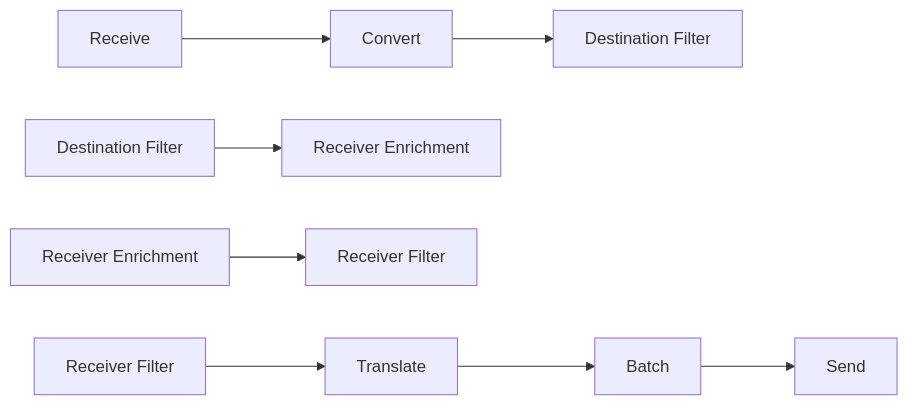
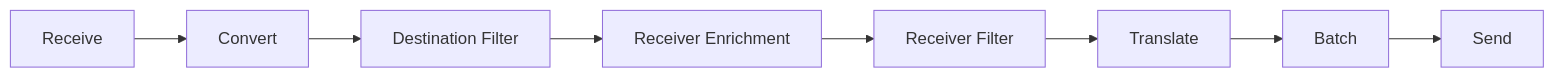
One commit to CDCgov/prime-reportstream changed the diagram in prime-router/docs/universal-pipeline/README.md. Above: the diagram before and after it, drawn with Mermaid.

Commit message:
[16141] Updating documentation.

````diff
--- a/prime-router/docs/universal-pipeline/README.md
+++ b/prime-router/docs/universal-pipeline/README.md
@@ -18,10 +18,10 @@
 ```mermaid
 flowchart LR;
     Receive-->Convert;
     Convert-->id4[Destination Filter];
-    id5[Destination Filter]-->id6[Receiver Enrichment];
-    id7[Receiver Enrichment]-->id8[Receiver Filter];
-    id9[Receiver Filter]-->Translate;
+    id4-->id5[Receiver Enrichment];
+    id5-->id6[Receiver Filter];
+    id6-->Translate;
     Translate-->Batch;
     Batch-->Send;
 ```
````
